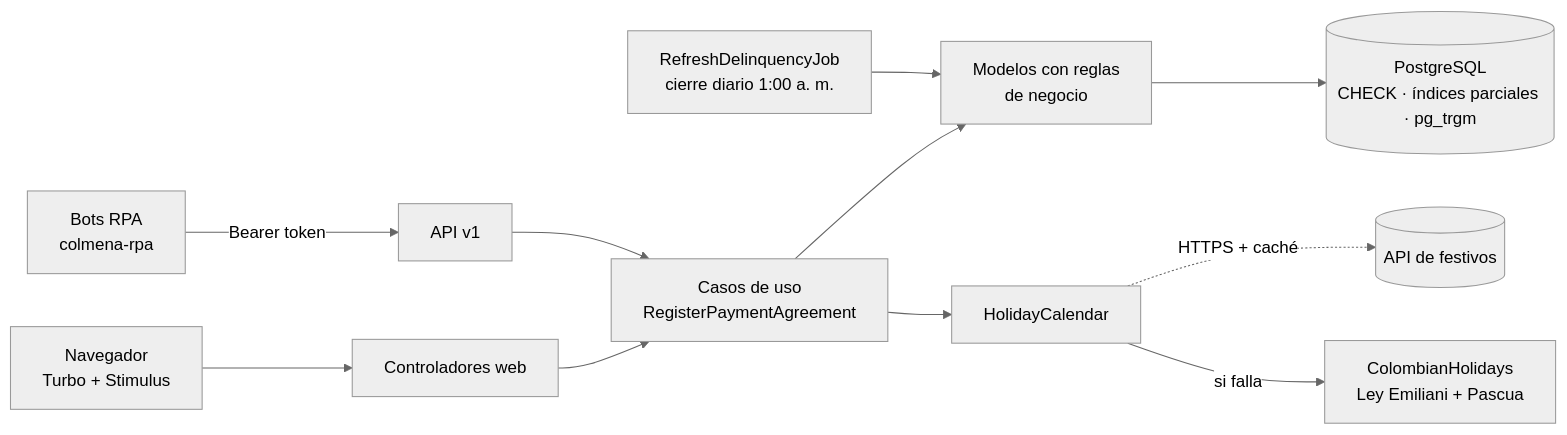
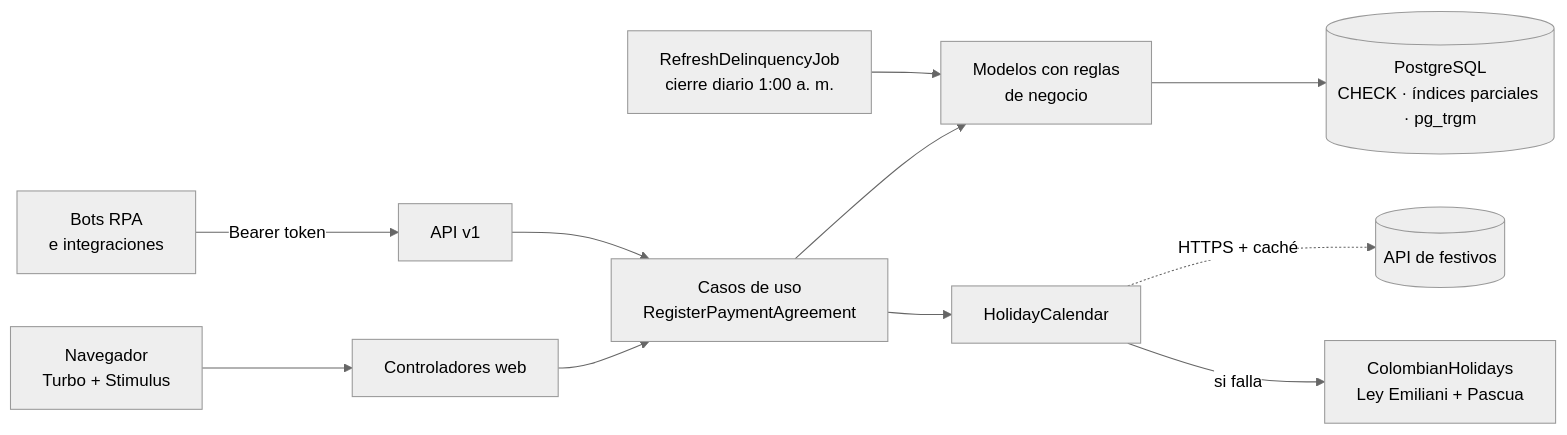
The first of 2 diagrams in README.md (DarwinMontiel/faro-cobranza), drawn with Mermaid (neutral theme) before and after one commit. The commit also changed other lines of this file and 5 other files, not shown here.

Commit message:
docs: no atribuir a colmena-rpa integraciones que no tiene y pulir textos en español

````diff
--- a/README.md
+++ b/README.md
@@ -113,11 +112,11 @@
 ```mermaid
 flowchart LR
     UI[Navegador<br/>Turbo + Stimulus] --> W[Controladores web]
-    BOT[Bots RPA<br/>colmena-rpa] -- Bearer token --> API[API v1]
+    BOT[Bots RPA<br/>e integraciones] -- Bearer token --> API[API v1]
     W & API --> SVC[Casos de uso<br/>RegisterPaymentAgreement]
     SVC --> M[Modelos con reglas<br/>de negocio]
     SVC --> HC[HolidayCalendar] -. HTTPS + caché .-> EXT[(API de festivos)]
     HC -- si falla --> LEY[ColombianHolidays<br/>Ley Emiliani + Pascua]
     JOB[RefreshDelinquencyJob<br/>cierre diario 1:00 a. m.] --> M
     M --> PG[(PostgreSQL<br/>CHECK · índices parciales · pg_trgm)]
 ```
````
